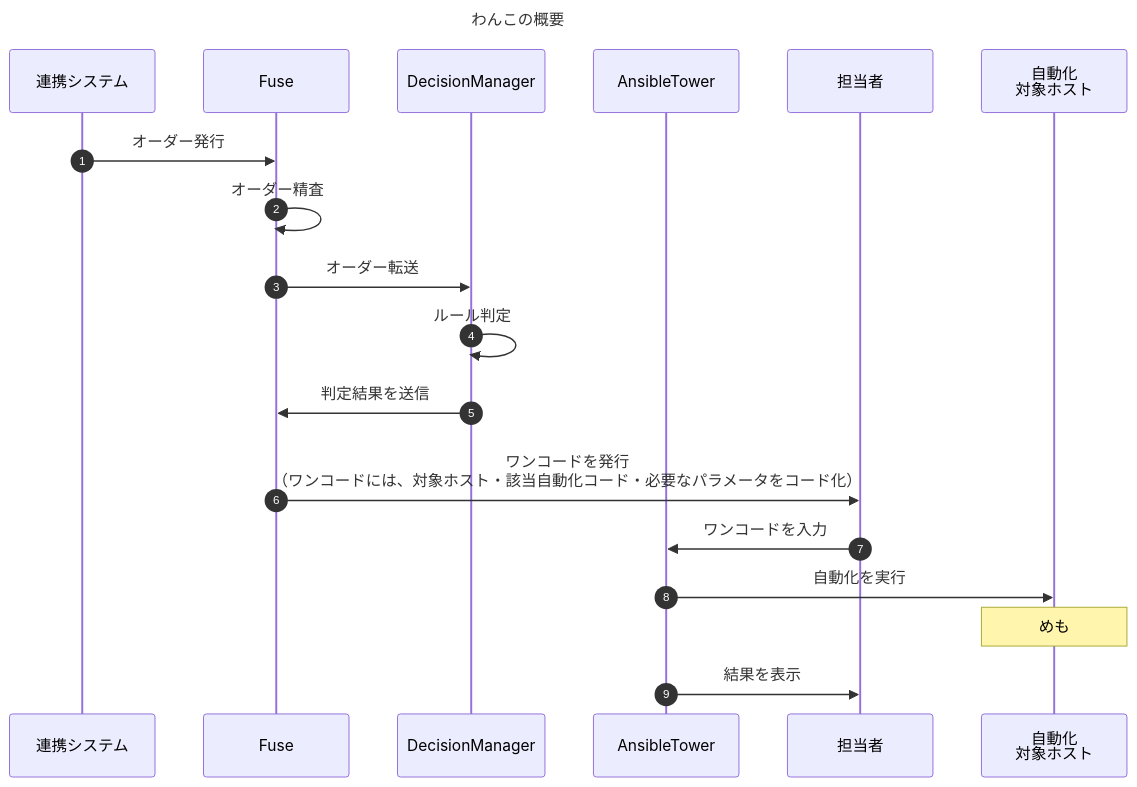
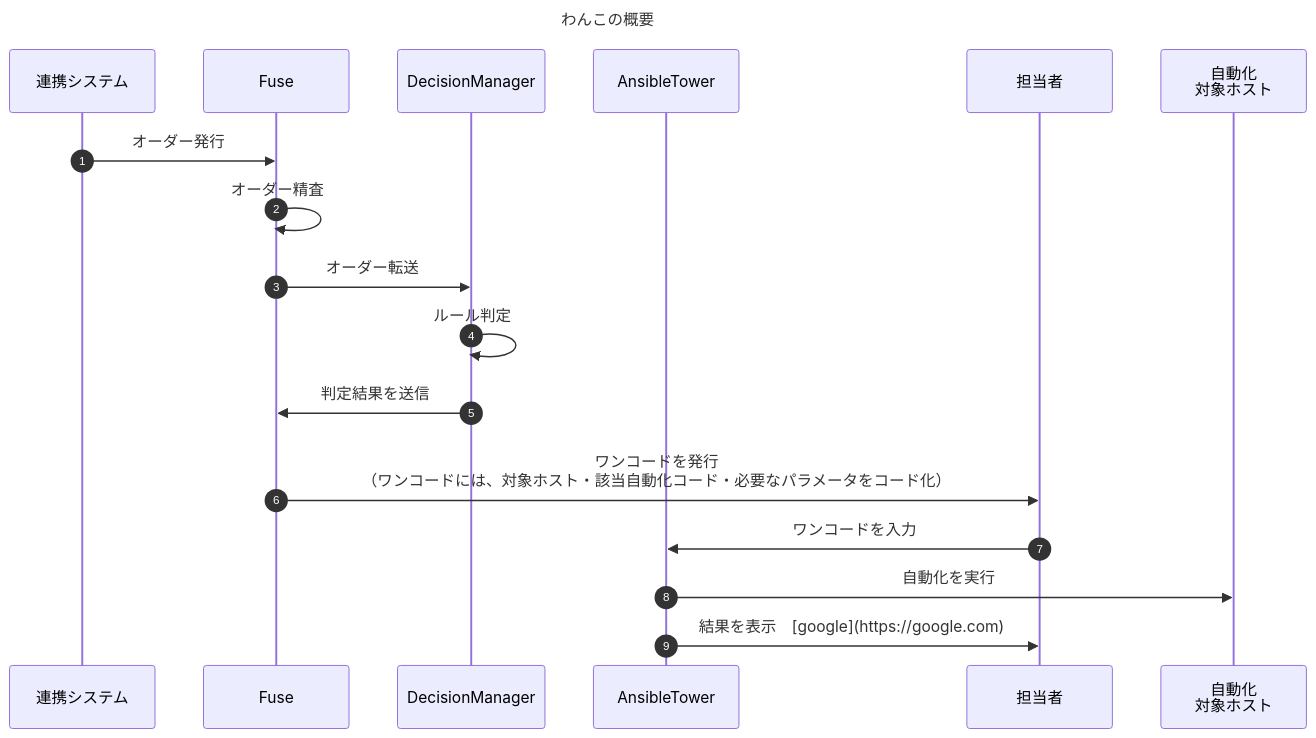
One commit to panda-git-hub/handbook changed the first of 2 diagrams in readme2.md. Above: the diagram before and after it, drawn with Mermaid.

````diff
--- a/readme2.md
+++ b/readme2.md
@@ -3,22 +3,21 @@
 ```mermaid
 sequenceDiagram
   autonumber
   Title: わんこの概要
   participant A as 連携システム
   participant B as Fuse
   participant C as DecisionManager
   participant D as AnsibleTower
   participant E as 担当者
   participant F as 自動化<br>対象ホスト
 
   A->>B: オーダー発行
   B->>B: オーダー精査
   B->>C: オーダー転送
   C->>C: ルール判定
   C->>B: 判定結果を送信
   B->>E: <br>ワンコードを発行<br>（ワンコードには、対象ホスト・該当自動化コード・必要なパラメータをコード化）
   E->>D: ワンコードを入力
   D->>F: 自動化を実行
-  note over F: めも
-  D->>E: 結果を表示
+  D->>E: 結果を表示　[google](https://google.com)
 ```
````
